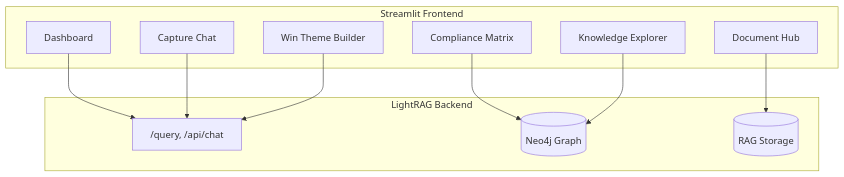
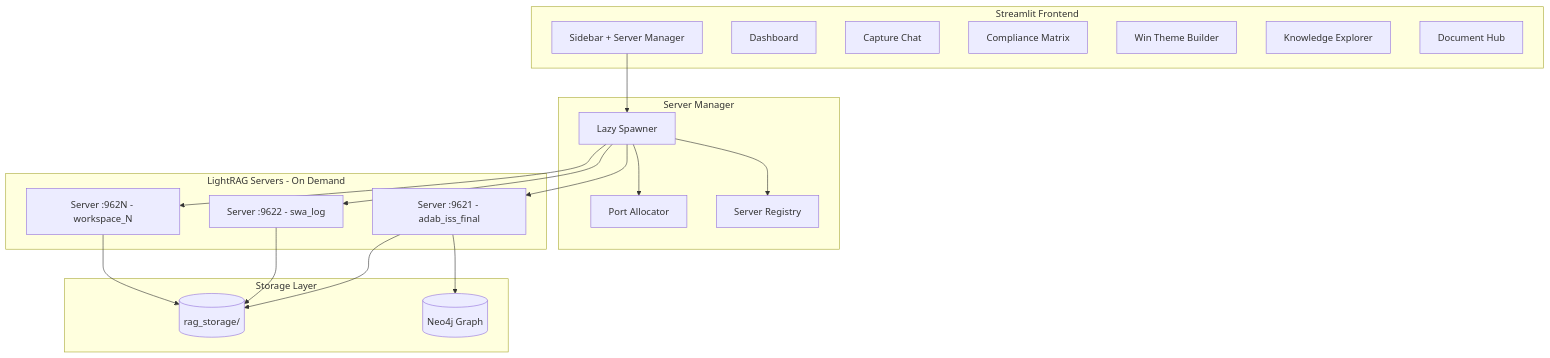
Before and after one commit to BdM-15/proj-theseus: the diagram in .cursor/plans/govcon_capture_intelligence_ui_dabfd84c.plan.md, drawn with Mermaid. The commit also changed other lines of this file and 11 other files, not shown here.

First line of the commit message:
docs: update UI plan with Command Center, IDIQ hierarchy, and lazy server spawning

````diff
--- a/.cursor/plans/govcon_capture_intelligence_ui_dabfd84c.plan.md
+++ b/.cursor/plans/govcon_capture_intelligence_ui_dabfd84c.plan.md
@@ -47,24 +59,40 @@
 ```mermaid
 graph TB
     subgraph ui [Streamlit Frontend]
+        Sidebar[Sidebar + Server Manager]
         Dashboard[Dashboard]
         Chat[Capture Chat]
         Compliance[Compliance Matrix]
         WinThemes[Win Theme Builder]
         Graph[Knowledge Explorer]
         Docs[Document Hub]
     end
     
-    subgraph backend [LightRAG Backend]
-        API["/query, /api/chat"]
-        Neo4j[(Neo4j Graph)]
-        Storage[(RAG Storage)]
+    subgraph manager [Server Manager]
+        Spawner[Lazy Spawner]
+        PortAlloc[Port Allocator]
+        Registry[Server Registry]
     end
     
-    Dashboard --> API
-    Chat --> API
-    Compliance --> Neo4j
-    WinThemes --> API
-    Graph --> Neo4j
-    Docs --> Storage
+    subgraph servers [LightRAG Servers - On Demand]
+        S1["Server :9621 - adab_iss_final"]
+        S2["Server :9622 - swa_log"]
+        SN["Server :962N - workspace_N"]
+    end
+    
+    subgraph storage [Storage Layer]
+        RAG[(rag_storage/)]
+        Neo4j[(Neo4j Graph)]
+    end
+    
+    Sidebar --> Spawner
+    Spawner --> PortAlloc
+    Spawner --> Registry
+    Spawner --> S1
+    Spawner --> S2
+    Spawner --> SN
+    S1 --> RAG
+    S2 --> RAG
+    SN --> RAG
+    S1 --> Neo4j
 ```
````
